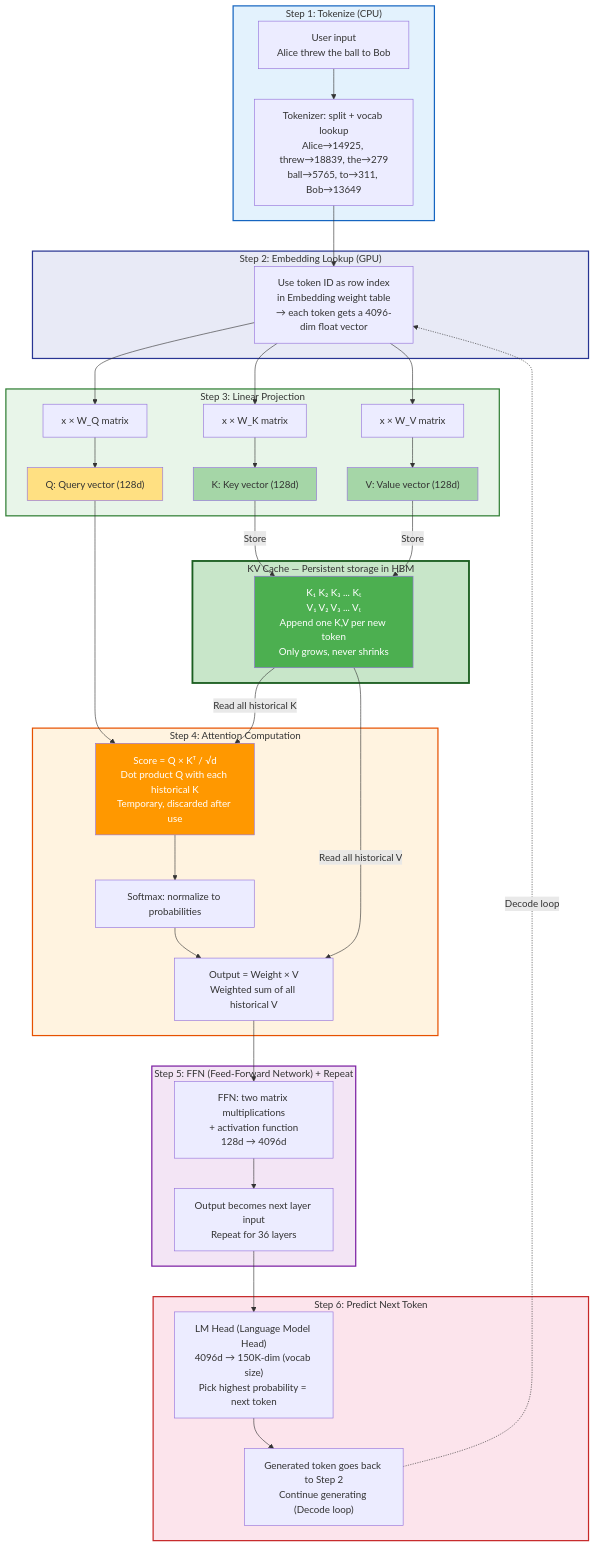
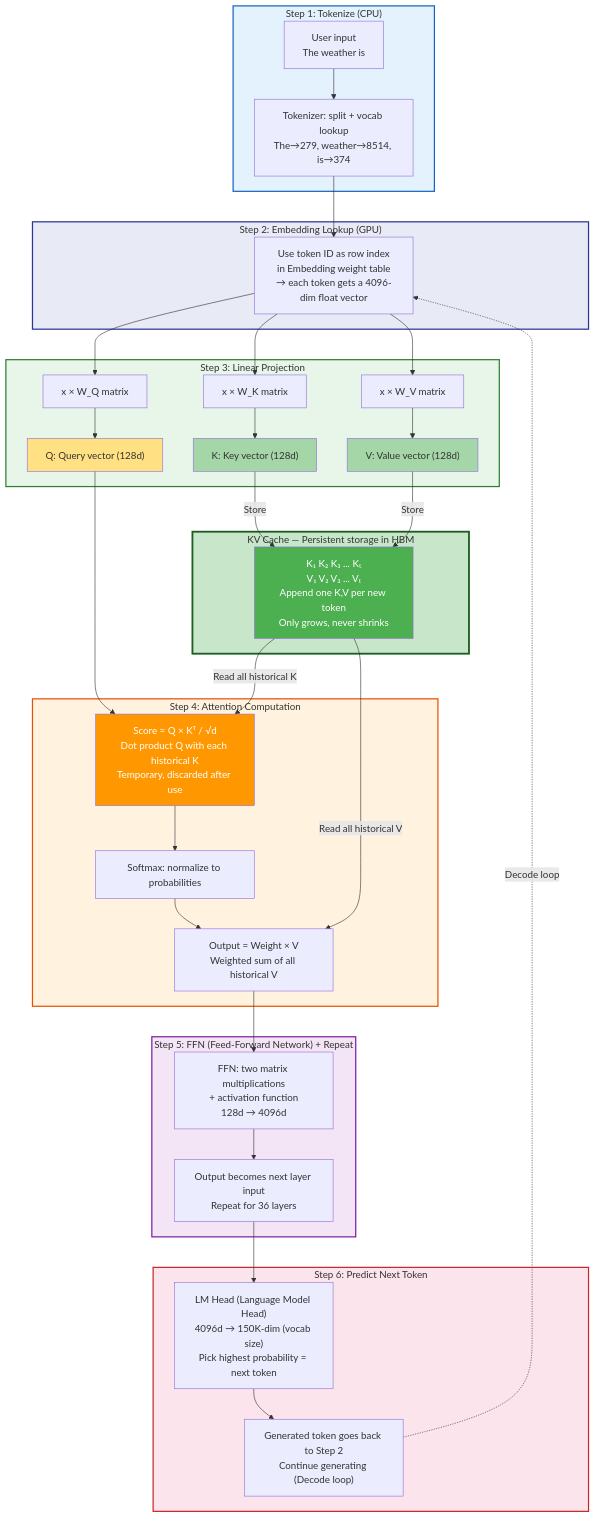
One commit to david-xinyuwei/david-share changed the diagram in Deep-Learning/KV-Cache-Deep-Dive/README.md. Above: the diagram before and after it, drawn with Mermaid. The commit also changed other lines of this file, not shown here.

````diff
--- a/Deep-Learning/KV-Cache-Deep-Dive/README.md
+++ b/Deep-Learning/KV-Cache-Deep-Dive/README.md
@@ -151,62 +149,62 @@
 ```mermaid
 graph TD
     subgraph STEP1["Step 1: Tokenize (CPU)"]
-        INPUT["User input<br/>Alice threw the ball to Bob"] --> TOK["Tokenizer: split + vocab lookup<br/>Alice→14925, threw→18839, the→279<br/>ball→5765, to→311, Bob→13649"]
+        INPUT["User input<br/>The weather is"] --> TOK["Tokenizer: split + vocab lookup<br/>The→279, weather→8514, is→374"]
     end
 
     subgraph STEP2["Step 2: Embedding Lookup (GPU)"]
         TOK --> EMB["Use token ID as row index<br/>in Embedding weight table<br/>→ each token gets a 4096-dim float vector"]
     end
 
     subgraph STEP3["Step 3: Linear Projection"]
         EMB --> WQ["x × W_Q matrix"]
         EMB --> WK["x × W_K matrix"]
         EMB --> WV["x × W_V matrix"]
         WQ --> Q["Q: Query vector (128d)"]
         WK --> K["K: Key vector (128d)"]
         WV --> V["V: Value vector (128d)"]
     end
 
     subgraph CACHE_ZONE["KV Cache — Persistent storage in HBM"]
         KC["K₁ K₂ K₃ ... Kₜ<br/>V₁ V₂ V₃ ... Vₜ<br/>Append one K,V per new token<br/>Only grows, never shrinks"]
     end
 
     subgraph STEP4["Step 4: Attention Computation"]
         SCORE["Score = Q × Kᵀ / √d<br/>Dot product Q with each historical K<br/>Temporary, discarded after use"]
         SOFT["Softmax: normalize to probabilities"]
         OUT["Output = Weight × V<br/>Weighted sum of all historical V"]
         SCORE --> SOFT --> OUT
     end
 
     subgraph STEP5["Step 5: FFN (Feed-Forward Network) + Repeat"]
         FFN["FFN: two matrix multiplications<br/>+ activation function<br/>128d → 4096d"]
         NEXT["Output becomes next layer input<br/>Repeat for 36 layers"]
     end
 
     subgraph STEP6["Step 6: Predict Next Token"]
         PREDICT["LM Head (Language Model Head)<br/>4096d → 150K-dim (vocab size)<br/>Pick highest probability = next token"]
         LOOP["Generated token goes back to Step 2<br/>Continue generating (Decode loop)"]
     end
 
     K -->|"Store"| KC
     V -->|"Store"| KC
     Q --> SCORE
     KC -->|"Read all historical K"| SCORE
     KC -->|"Read all historical V"| OUT
     OUT --> FFN --> NEXT
     NEXT --> PREDICT --> LOOP
     LOOP -.->|"Decode loop"| EMB
 
     style STEP1 fill:#E3F2FD,stroke:#1565C0,stroke-width:2px
     style STEP2 fill:#E8EAF6,stroke:#283593,stroke-width:2px
     style STEP3 fill:#E8F5E9,stroke:#2E7D32,stroke-width:2px
     style CACHE_ZONE fill:#C8E6C9,stroke:#1B5E20,stroke-width:3px
     style STEP4 fill:#FFF3E0,stroke:#E65100,stroke-width:2px
     style STEP5 fill:#F3E5F5,stroke:#7B1FA2,stroke-width:2px
     style STEP6 fill:#FCE4EC,stroke:#C62828,stroke-width:2px
     style KC fill:#4CAF50,color:#fff
     style SCORE fill:#FF9800,color:#fff
     style Q fill:#FFE082
     style K fill:#A5D6A7
     style V fill:#A5D6A7
 ```
````
